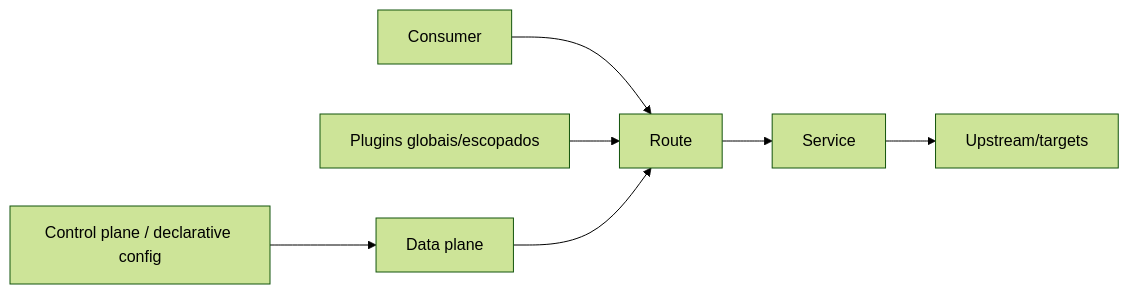
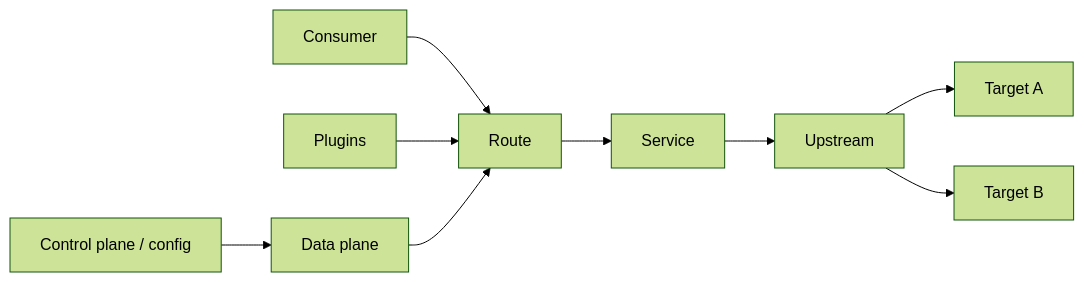
One commit to blasther12/alexandria changed the diagram in api-gateways/kong/README.md. Above: the diagram before and after it, drawn with Mermaid (forest theme). The commit also changed other lines of this file, not shown here.

````diff
--- a/api-gateways/kong/README.md
+++ b/api-gateways/kong/README.md
@@ -7,9 +14,11 @@
 ```mermaid
 flowchart LR
     C[Consumer] --> R[Route]
     R --> S[Service]
-    S --> U[Upstream/targets]
-    P[Plugins globais/escopados] --> R
-    CP[Control plane / declarative config] --> DP[Data plane]
+    S --> U[Upstream]
+    U --> T1[Target A]
+    U --> T2[Target B]
+    P[Plugins] --> R
+    CP[Control plane / config] --> DP[Data plane]
     DP --> R
 ```
````
